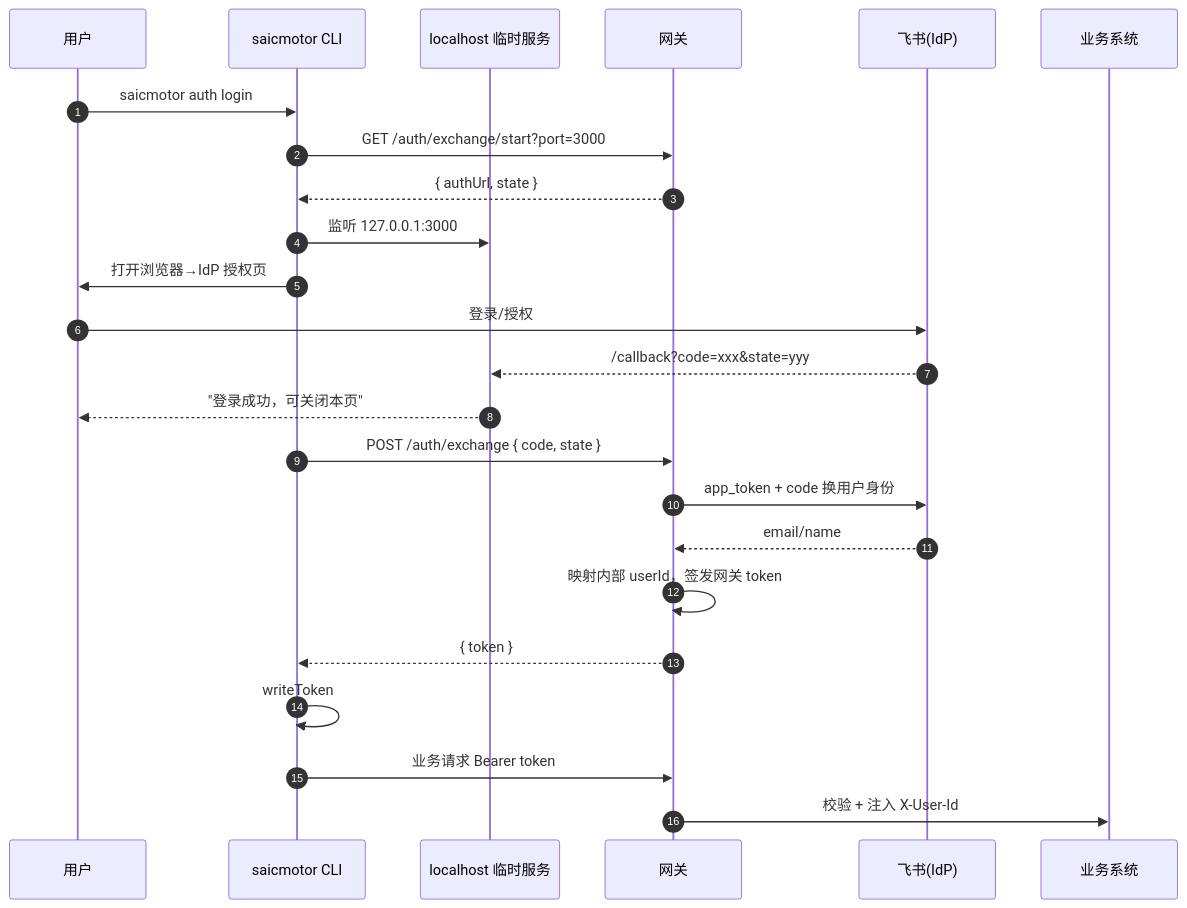
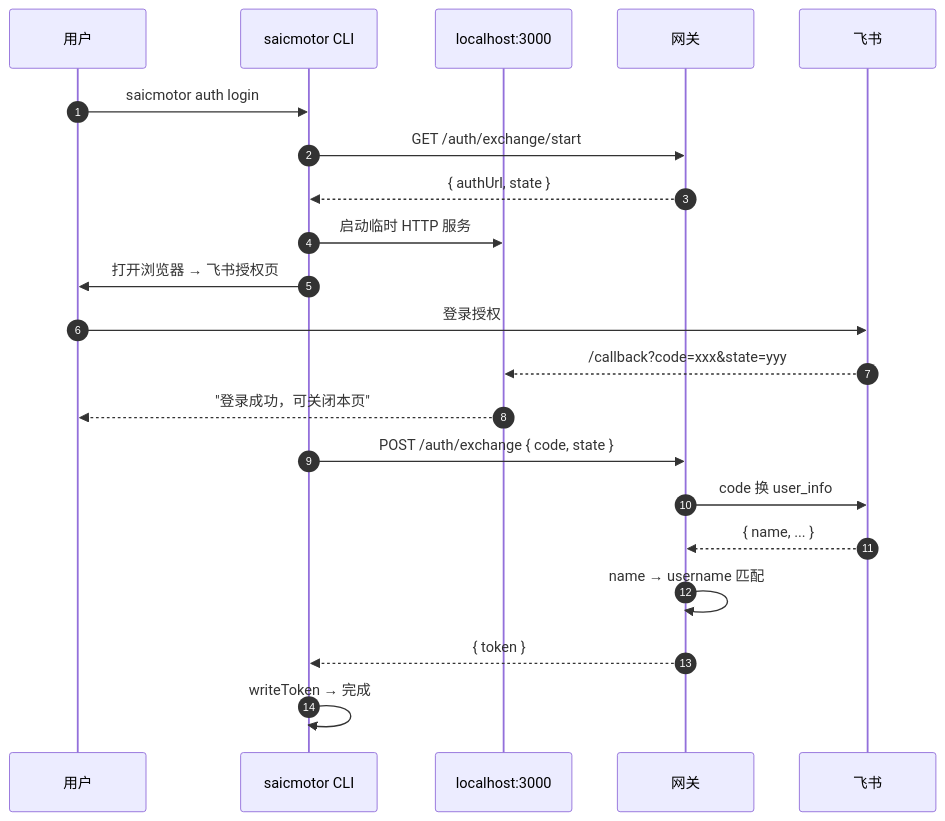
The seventh of 16 diagrams in docs/ARCHITECTURE.md (a5535772/saicmotor-cli), drawn with Mermaid before and after one commit. The commit also changed other lines of this file and 40 other files, not shown here.

````diff
--- a/docs/ARCHITECTURE.md
+++ b/docs/ARCHITECTURE.md
@@ -423,27 +347,24 @@
 ```mermaid
 sequenceDiagram
     autonumber
     participant U as 用户
     participant CLI as saicmotor CLI
-    participant LB as localhost 临时服务
+    participant LB as localhost:3000
     participant GW as 网关
-    participant IdP as 飞书(IdP)
-    participant SYS as 业务系统
+    participant IdP as 飞书
 
     U->>CLI: saicmotor auth login
-    CLI->>GW: GET /auth/exchange/start?port=3000
+    CLI->>GW: GET /auth/exchange/start
     GW-->>CLI: { authUrl, state }
-    CLI->>LB: 监听 127.0.0.1:3000
-    CLI->>U: 打开浏览器→IdP 授权页
-    U->>IdP: 登录/授权
+    CLI->>LB: 启动临时 HTTP 服务
+    CLI->>U: 打开浏览器 → 飞书授权页
+    U->>IdP: 登录授权
     IdP-->>LB: /callback?code=xxx&state=yyy
     LB-->>U: "登录成功，可关闭本页"
     CLI->>GW: POST /auth/exchange { code, state }
-    GW->>IdP: app_token + code 换用户身份
-    IdP-->>GW: email/name
-    GW->>GW: 映射内部 userId，签发网关 token
+    GW->>IdP: code 换 user_info
+    IdP-->>GW: { name, ... }
+    GW->>GW: name → username 匹配
     GW-->>CLI: { token }
-    CLI->>CLI: writeToken
-    CLI->>GW: 业务请求 Bearer token
-    GW->>SYS: 校验 + 注入 X-User-Id
+    CLI->>CLI: writeToken → 完成
 ```
````
